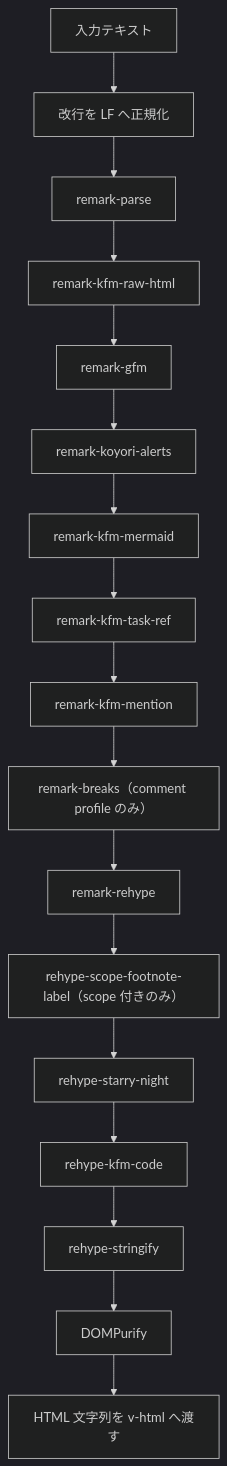
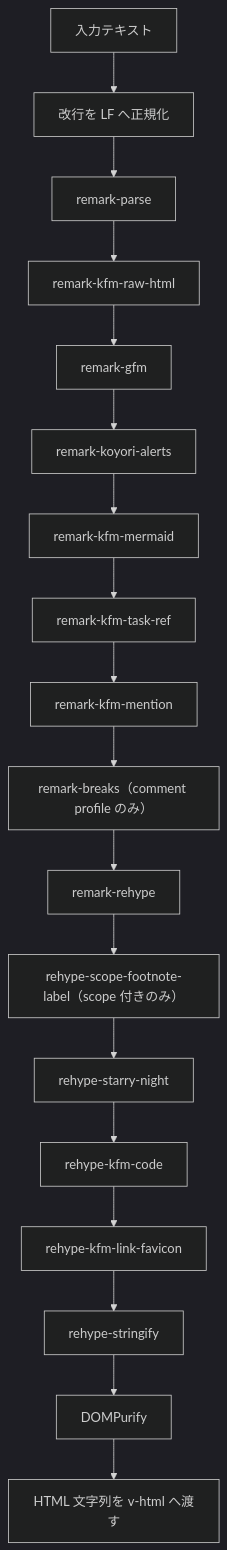
Before and after one commit to koyori-app/task: the diagram in docs/dev/frontend/kfm-phase1-implementation.md, drawn with Mermaid (dark theme). The commit also changed other lines of this file and 33 other files, not shown here.

````diff
--- a/docs/dev/frontend/kfm-phase1-implementation.md
+++ b/docs/dev/frontend/kfm-phase1-implementation.md
@@ -84,19 +89,20 @@
 ```mermaid
 flowchart TD
     A["入力テキスト"] --> B["改行を LF へ正規化"]
     B --> C["remark-parse"]
     C --> D["remark-kfm-raw-html"]
     D --> E["remark-gfm"]
     E --> F["remark-koyori-alerts"]
     F --> G["remark-kfm-mermaid"]
     G --> H["remark-kfm-task-ref"]
     H --> I["remark-kfm-mention"]
     I --> J["remark-breaks（comment profile のみ）"]
     J --> K["remark-rehype"]
     K --> L["rehype-scope-footnote-label（scope 付きのみ）"]
     L --> M["rehype-starry-night"]
     M --> N["rehype-kfm-code"]
-    N --> O["rehype-stringify"]
+    N --> N2["rehype-kfm-link-favicon"]
+    N2 --> O["rehype-stringify"]
     O --> P["DOMPurify"]
     P --> Q["HTML 文字列を v-html へ渡す"]
 ```
````
